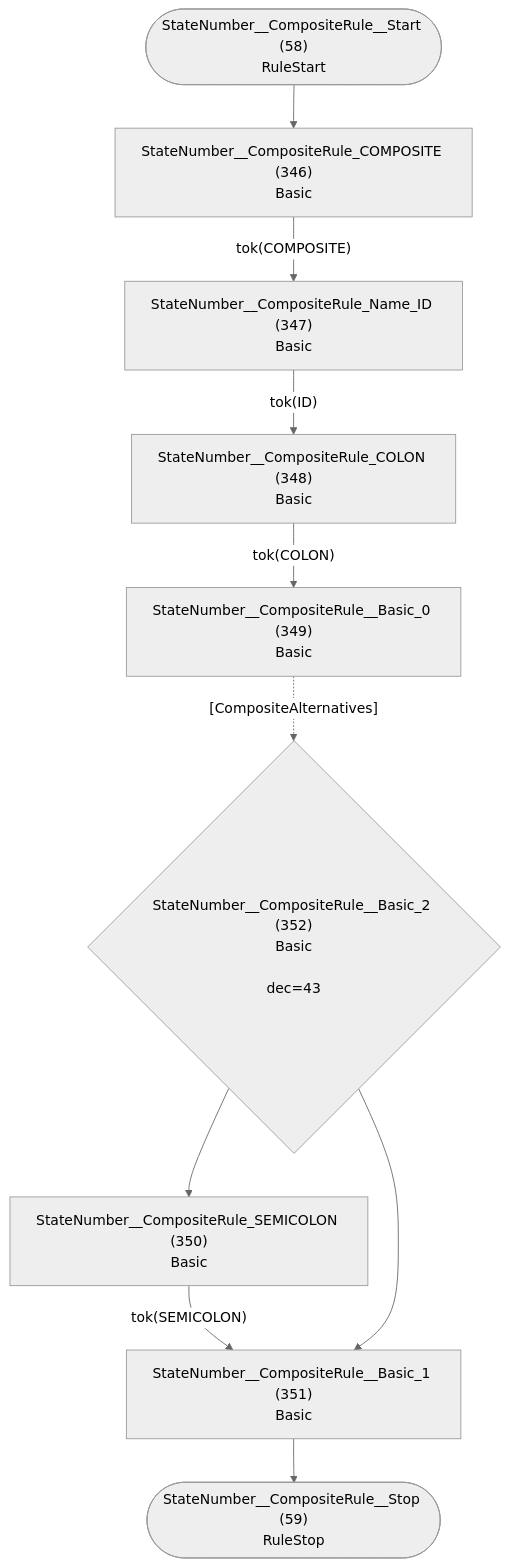
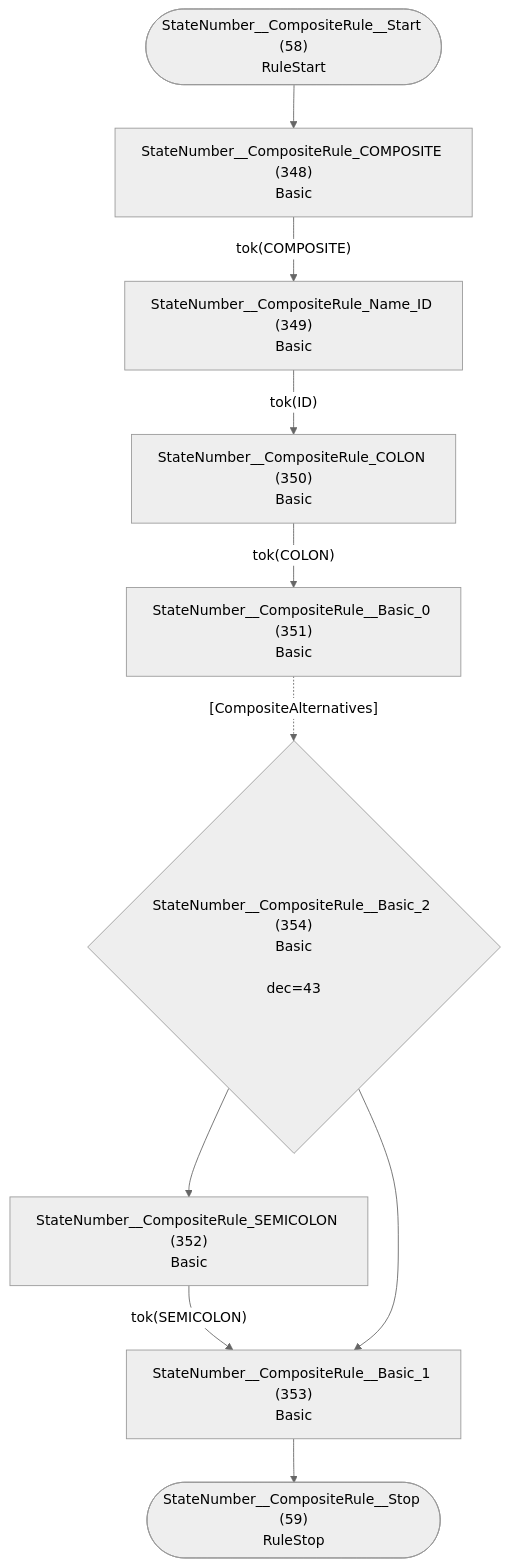
One commit to TypeFox/fastbelt changed diagram 30 of 33 in internal/grammar/atn.md. Above: the diagram before and after it, drawn with Mermaid (neutral theme). The commit also changed other lines of this file and 6 other files, not shown here.

````diff
--- a/internal/grammar/atn.md
+++ b/internal/grammar/atn.md
@@ -914,22 +919,22 @@
 ```mermaid
 flowchart TD
     q58(["StateNumber__CompositeRule__Start (58)<br/>RuleStart"])
     q59(["StateNumber__CompositeRule__Stop (59)<br/>RuleStop"])
-    q346["StateNumber__CompositeRule_COMPOSITE (346)<br/>Basic<br/>"]
-    q347["StateNumber__CompositeRule_Name_ID (347)<br/>Basic<br/>"]
-    q348["StateNumber__CompositeRule_COLON (348)<br/>Basic<br/>"]
-    q349["StateNumber__CompositeRule__Basic_0 (349)<br/>Basic<br/>"]
-    q350["StateNumber__CompositeRule_SEMICOLON (350)<br/>Basic<br/>"]
-    q351["StateNumber__CompositeRule__Basic_1 (351)<br/>Basic<br/>"]
-    q352{"StateNumber__CompositeRule__Basic_2 (352)<br/>Basic<br/><br/>dec=43"}
+    q348["StateNumber__CompositeRule_COMPOSITE (348)<br/>Basic<br/>"]
+    q349["StateNumber__CompositeRule_Name_ID (349)<br/>Basic<br/>"]
+    q350["StateNumber__CompositeRule_COLON (350)<br/>Basic<br/>"]
+    q351["StateNumber__CompositeRule__Basic_0 (351)<br/>Basic<br/>"]
+    q352["StateNumber__CompositeRule_SEMICOLON (352)<br/>Basic<br/>"]
+    q353["StateNumber__CompositeRule__Basic_1 (353)<br/>Basic<br/>"]
+    q354{"StateNumber__CompositeRule__Basic_2 (354)<br/>Basic<br/><br/>dec=43"}
 
-    q58 --> q346
-    q346 -->|"tok(COMPOSITE)"| q347
-    q347 -->|"tok(ID)"| q348
-    q348 -->|"tok(COLON)"| q349
-    q349 -.->|"[CompositeAlternatives]"| q352
-    q350 -->|"tok(SEMICOLON)"| q351
-    q351 --> q59
-    q352 --> q350
-    q352 --> q351
+    q58 --> q348
+    q348 -->|"tok(COMPOSITE)"| q349
+    q349 -->|"tok(ID)"| q350
+    q350 -->|"tok(COLON)"| q351
+    q351 -.->|"[CompositeAlternatives]"| q354
+    q352 -->|"tok(SEMICOLON)"| q353
+    q353 --> q59
+    q354 --> q352
+    q354 --> q353
 ```
````
